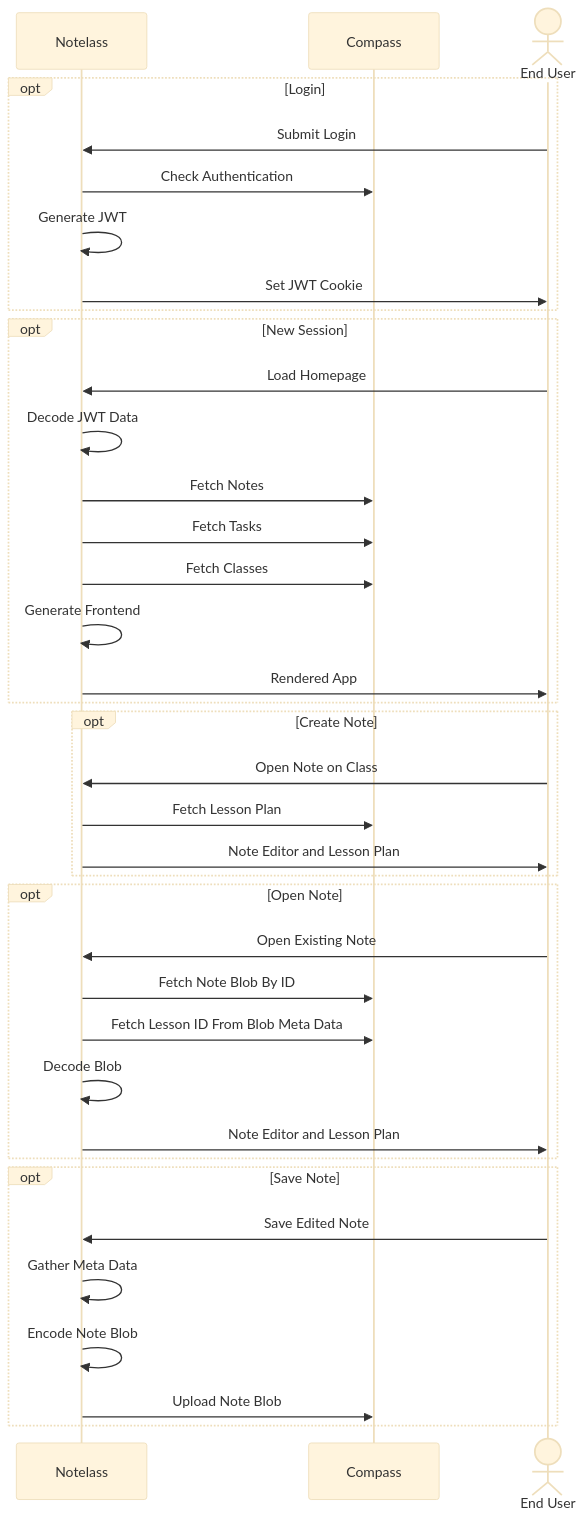
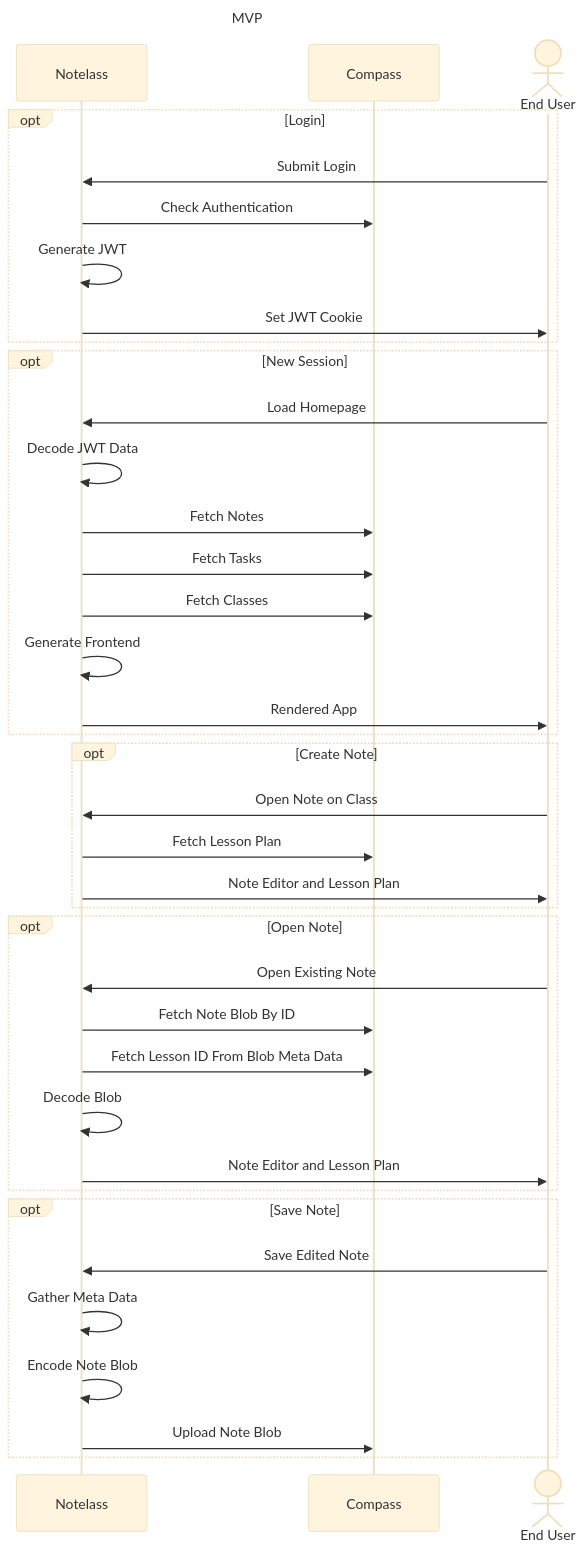
The first of 5 diagrams in SoftDev/SAT1/SRS.md (idkfelix/year12), drawn with Mermaid (base theme) before and after one commit. The commit also changed other lines of this file and 3 other files, not shown here.

````diff
--- a/SoftDev/SAT1/SRS.md
+++ b/SoftDev/SAT1/SRS.md
@@ -83,44 +49,48 @@
 ```mermaid
+---
+title: MVP
+---
+
 sequenceDiagram
     participant server as Notelass
     participant compass as Compass
     actor user as End User
 
 	opt Login
 	user ->> server: Submit Login
 	server ->> compass: Check Authentication
 	server ->> server: Generate JWT
 	server ->> user: Set JWT Cookie
 	end
 
 	opt New Session
 	user ->> server: Load Homepage
 	server ->> server: Decode JWT Data
 	server ->> compass: Fetch Notes
 	server ->> compass: Fetch Tasks
 	server ->> compass: Fetch Classes
 	server ->> server: Generate Frontend
 	server ->> user: Rendered App
 	end
 
 	opt Create Note
 	user ->> server: Open Note on Class
 	server ->> compass: Fetch Lesson Plan
 	server ->> user: Note Editor and Lesson Plan
 	end
 
 	opt Open Note
 	user ->> server: Open Existing Note
 	server ->> compass: Fetch Note Blob By ID
 	server ->> compass: Fetch Lesson ID From Blob Meta Data
 	server ->> server: Decode Blob
 	server ->> user: Note Editor and Lesson Plan
 	end
 
 	opt Save Note
 	user ->> server: Save Edited Note
 	server ->> server: Gather Meta Data
 	server ->> server: Encode Note Blob
 	server ->> compass: Upload Note Blob
 	end
 ```
````
